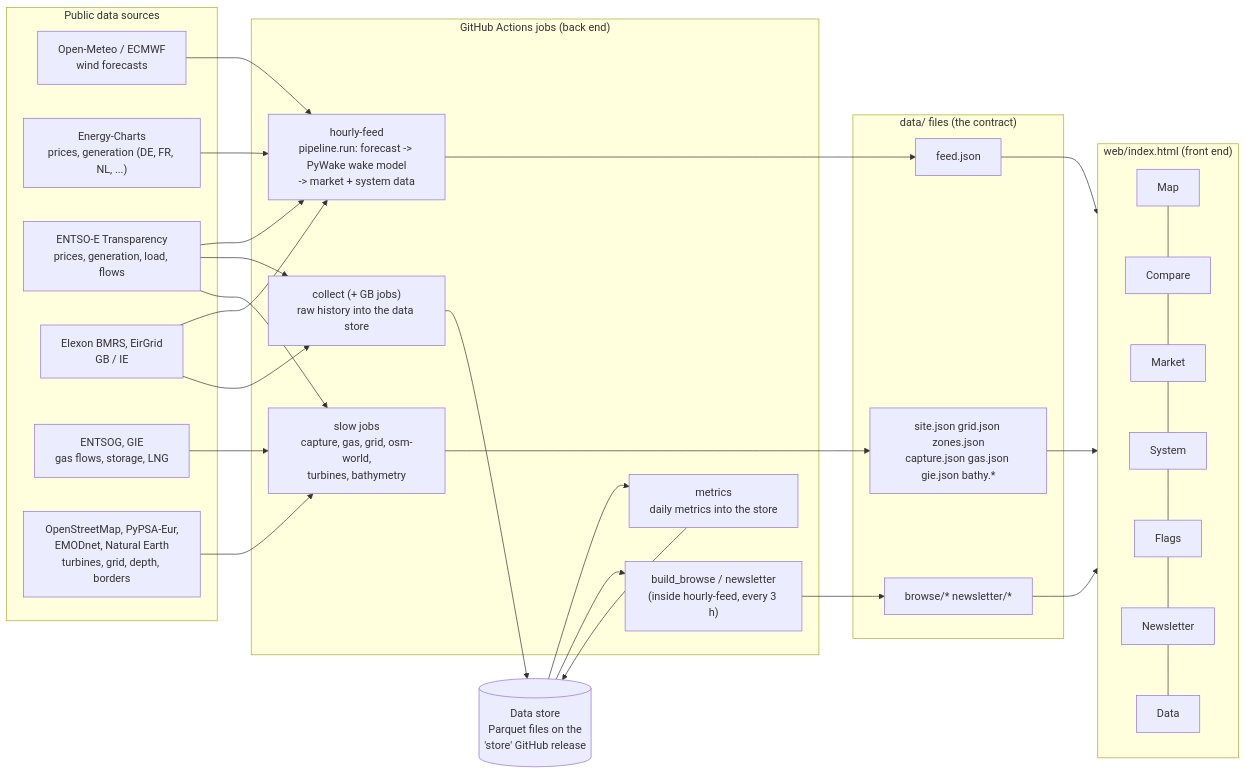
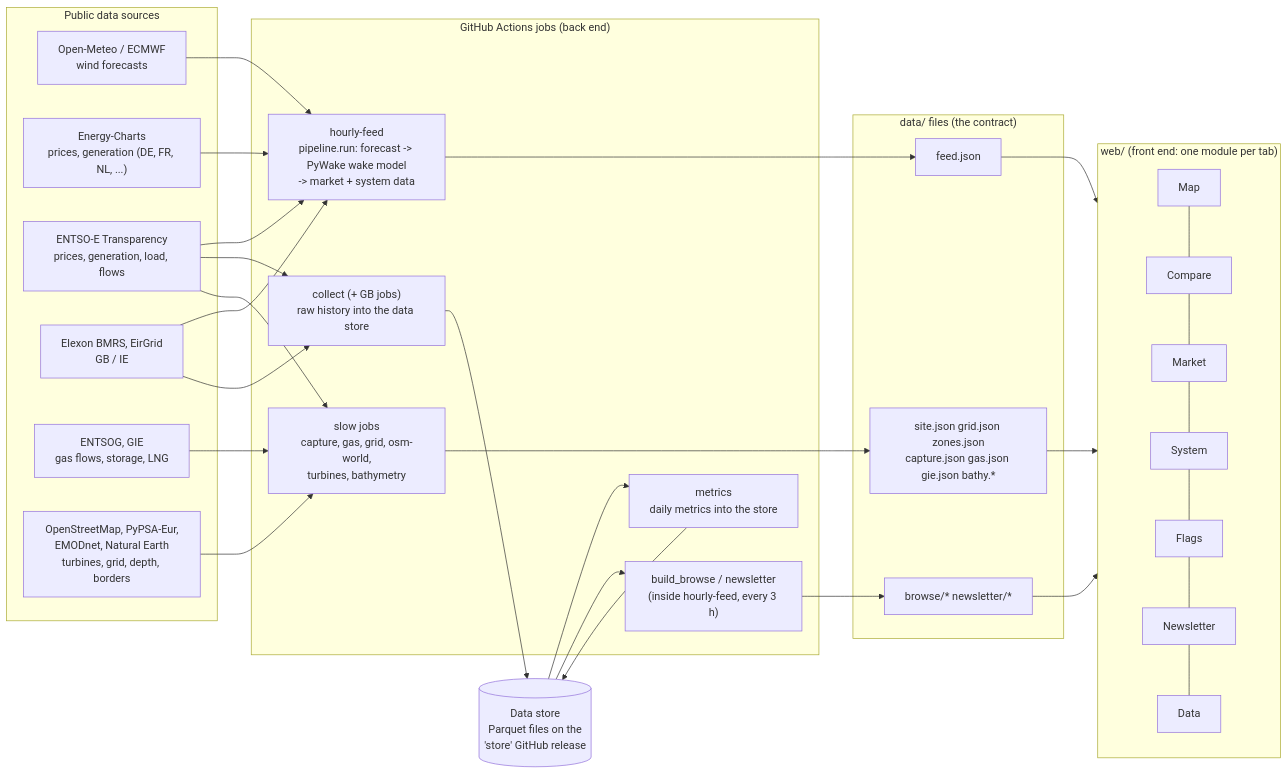
The diagram in docs/ARCHITECTURE.md (erik-iida/energy-infra), drawn with Mermaid before and after one commit. The commit also changed other lines of this file and 31 other files, not shown here.

````diff
--- a/docs/ARCHITECTURE.md
+++ b/docs/ARCHITECTURE.md
@@ -23,50 +24,50 @@
 ```mermaid
 flowchart LR
   subgraph Sources["Public data sources"]
     OM["Open-Meteo / ECMWF\nwind forecasts"]
     EC["Energy-Charts\nprices, generation (DE, FR, NL, ...)"]
     EN["ENTSO-E Transparency\nprices, generation, load, flows"]
     EL["Elexon BMRS, EirGrid\nGB / IE"]
     GS["ENTSOG, GIE\ngas flows, storage, LNG"]
     GEO["OpenStreetMap, PyPSA-Eur,\nEMODnet, Natural Earth\nturbines, grid, depth, borders"]
   end
 
   subgraph Jobs["GitHub Actions jobs (back end)"]
     H["hourly-feed\npipeline.run: forecast -> PyWake wake model\n-> market + system data"]
     C["collect (+ GB jobs)\nraw history into the data store"]
     M["metrics\ndaily metrics into the store"]
     B["build_browse / newsletter\n(inside hourly-feed, every 3 h)"]
     S["slow jobs\ncapture, gas, grid, osm-world,\nturbines, bathymetry"]
   end
 
   ST[("Data store\nParquet files on the\n'store' GitHub release")]
 
   subgraph Files["data/ files (the contract)"]
     F1["feed.json"]
     F2["browse/*  newsletter/*"]
     F3["site.json grid.json zones.json\ncapture.json gas.json gie.json bathy.*"]
   end
 
-  subgraph Page["web/index.html (front end)"]
+  subgraph Page["web/ (front end: one module per tab)"]
     T1["Map"] --- T2["Compare"] --- T3["Market"] --- T4["System"] --- T5["Flags"] --- T6["Newsletter"] --- T7["Data"]
   end
 
   OM --> H
   EC --> H
   EN --> H
   EL --> H
   EN --> C
   EL --> C
   C --> ST
   ST --> M --> ST
   ST --> B
   H --> F1
   B --> F2
   GS --> S
   GEO --> S
   EN --> S
   S --> F3
   F1 --> Page
   F2 --> Page
   F3 --> Page
 ```
````
